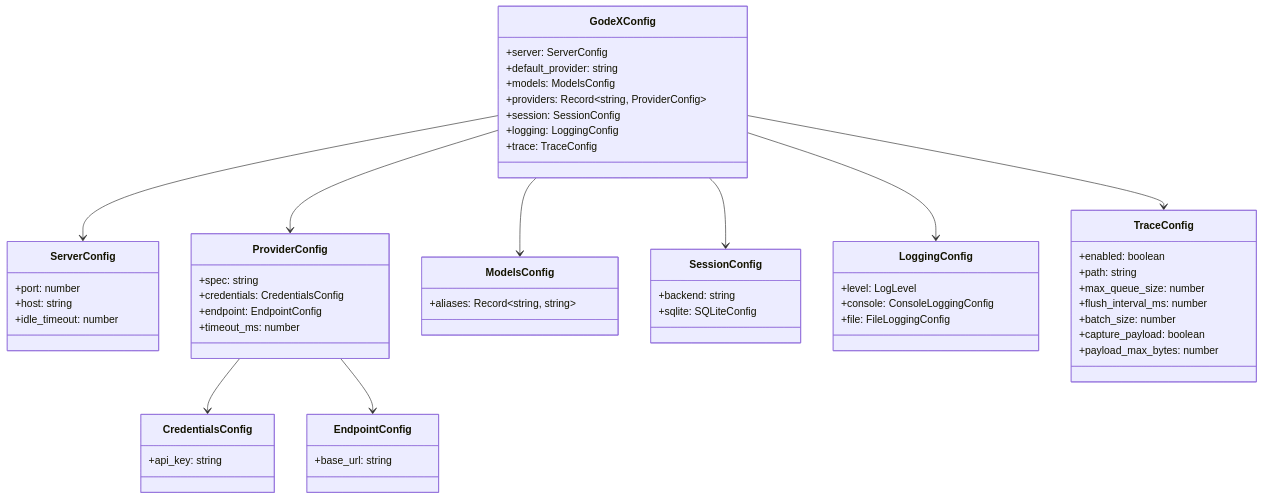
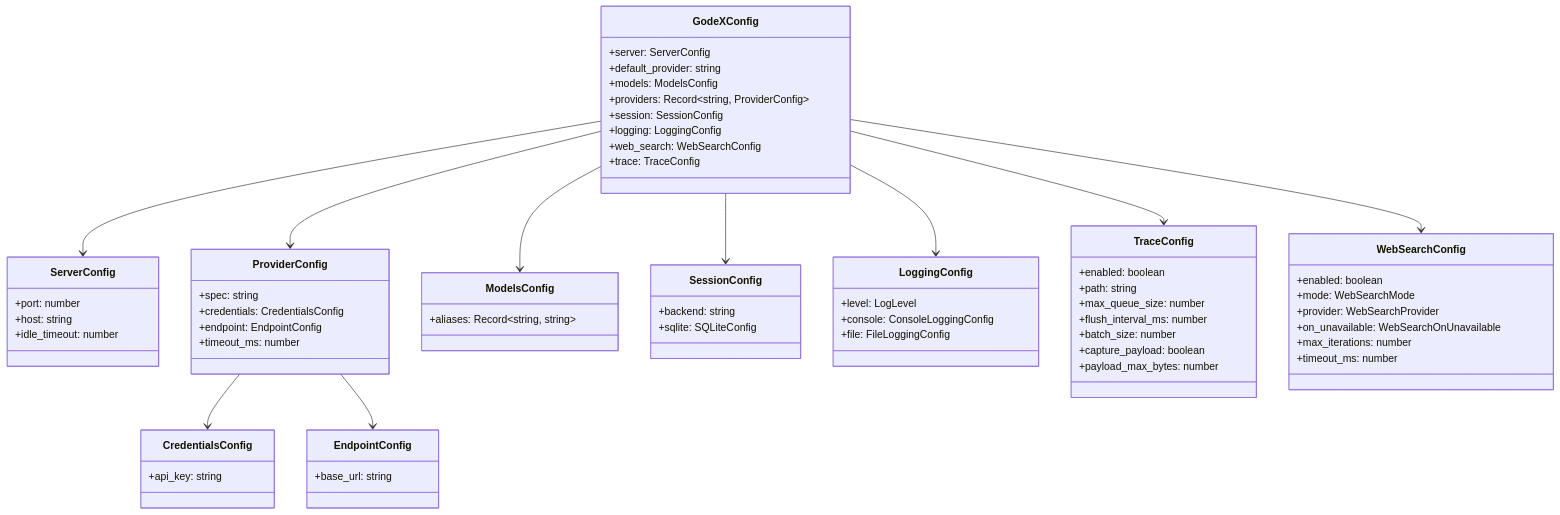
The diagram in wiki/07-configuration/config-schema.md (Ahoo-Wang/GodeX), drawn with Mermaid before and after one commit. The commit also changed other lines of this file and 70 other files, not shown here.

````diff
--- a/wiki/07-configuration/config-schema.md
+++ b/wiki/07-configuration/config-schema.md
@@ -83,68 +91,79 @@
 ```mermaid
 classDiagram
 
   class GodeXConfig {
     +server: ServerConfig
     +default_provider: string
     +models: ModelsConfig
     +providers: Record~string, ProviderConfig~
     +session: SessionConfig
     +logging: LoggingConfig
+    +web_search: WebSearchConfig
     +trace: TraceConfig
   }
 
   class ServerConfig {
     +port: number
     +host: string
     +idle_timeout: number
   }
 
   class ProviderConfig {
     +spec: string
     +credentials: CredentialsConfig
     +endpoint: EndpointConfig
     +timeout_ms: number
   }
 
   class CredentialsConfig {
     +api_key: string
   }
 
   class EndpointConfig {
     +base_url: string
   }
 
   class ModelsConfig {
     +aliases: Record~string, string~
   }
 
   class SessionConfig {
     +backend: string
     +sqlite: SQLiteConfig
   }
 
   class LoggingConfig {
     +level: LogLevel
     +console: ConsoleLoggingConfig
     +file: FileLoggingConfig
   }
 
   class TraceConfig {
     +enabled: boolean
     +path: string
     +max_queue_size: number
     +flush_interval_ms: number
     +batch_size: number
     +capture_payload: boolean
     +payload_max_bytes: number
   }
 
+  class WebSearchConfig {
+    +enabled: boolean
+    +mode: WebSearchMode
+    +provider: WebSearchProvider
+    +on_unavailable: WebSearchOnUnavailable
+    +max_iterations: number
+    +timeout_ms: number
+  }
+
   GodeXConfig --> ServerConfig
   GodeXConfig --> ModelsConfig
   GodeXConfig --> ProviderConfig
   GodeXConfig --> SessionConfig
   GodeXConfig --> LoggingConfig
+  GodeXConfig --> WebSearchConfig
   GodeXConfig --> TraceConfig
   ProviderConfig --> CredentialsConfig
   ProviderConfig --> EndpointConfig
 ```
````
